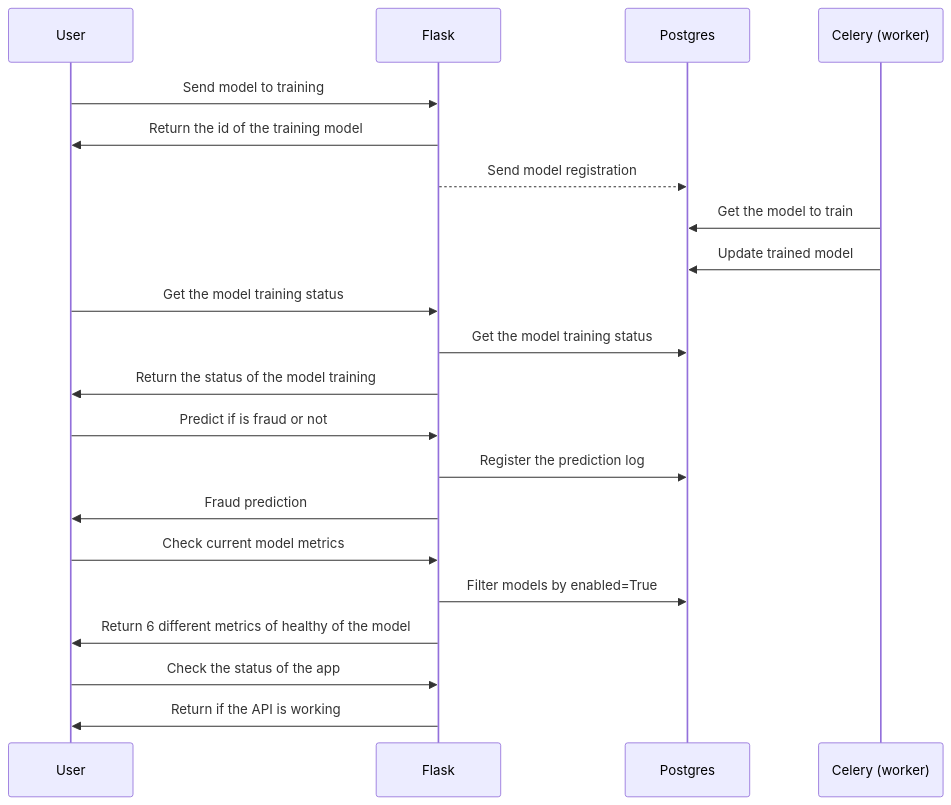
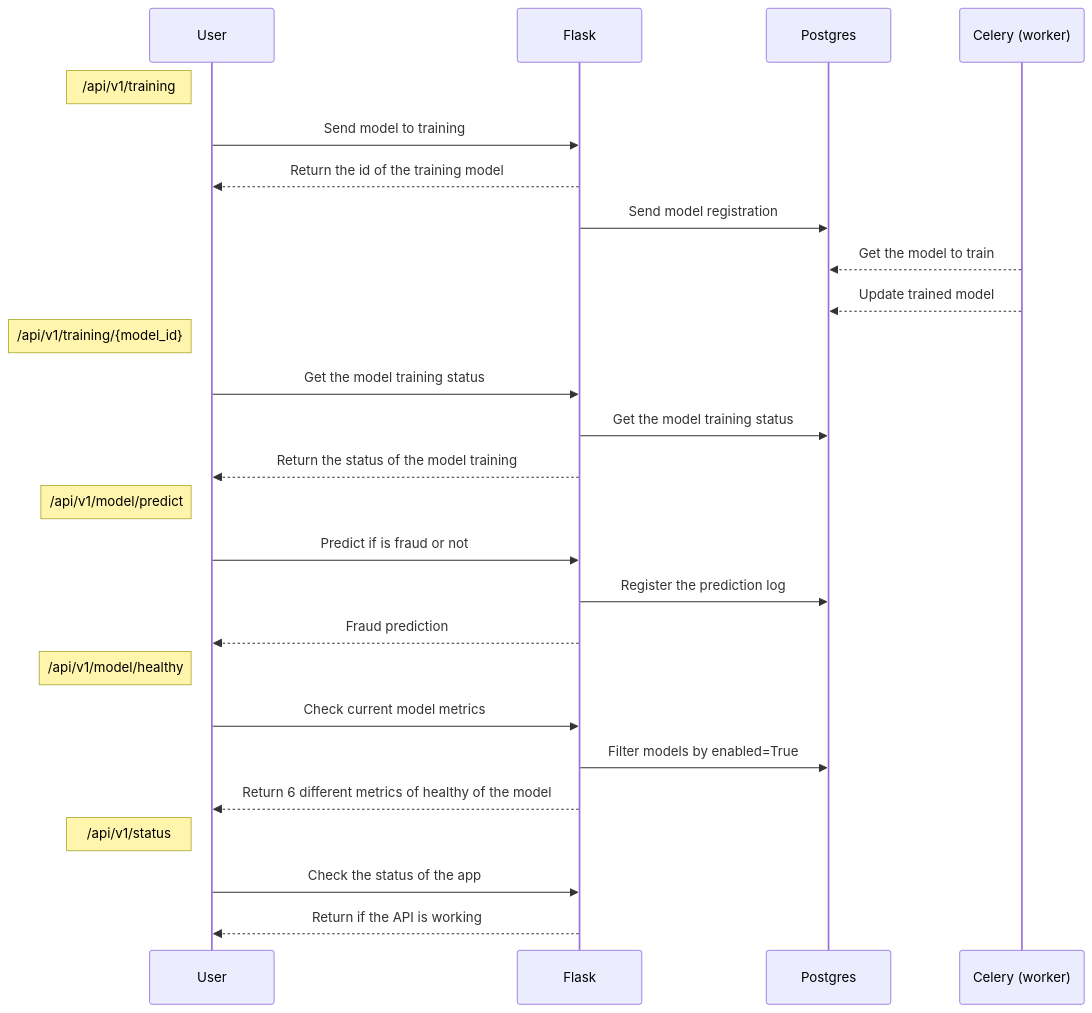
The diagram in docs/api.md (LucianoBatista/fraud-detection-classifier), drawn with Mermaid before and after one commit. The commit also changed other lines of this file and 9 other files, not shown here.

````diff
--- a/docs/api.md
+++ b/docs/api.md
@@ -31,19 +29,28 @@
 ```mermaid
 sequenceDiagram
+Note left of User: /api/v1/training
 User->>Flask: Send model to training
-Flask ->> User: Return the id of the training model
-Flask-->>Postgres: Send model registration
-Celery (worker)->>Postgres: Get the model to train
-Celery (worker)->>Postgres: Update trained model
+Flask -->> User: Return the id of the training model
+Flask->>Postgres: Send model registration
+Celery (worker)-->>Postgres: Get the model to train
+Celery (worker)-->>Postgres: Update trained model
+
+Note left of User: /api/v1/training/{model_id}
 User ->> Flask: Get the model training status
 Flask ->> Postgres: Get the model training status
-Flask ->> User: Return the status of the model training
+Flask -->> User: Return the status of the model training
+
+Note left of User: /api/v1/model/predict
 User ->> Flask: Predict if is fraud or not
 Flask ->> Postgres: Register the prediction log
-Flask ->> User: Fraud prediction
+Flask -->> User: Fraud prediction
+
+Note left of User: /api/v1/model/healthy
 User ->> Flask: Check current model metrics
 Flask ->> Postgres: Filter models by enabled=True
-Flask ->> User: Return 6 different metrics of healthy of the model
+Flask -->> User: Return 6 different metrics of healthy of the model
+
+Note left of User: /api/v1/status
 User ->> Flask: Check the status of the app
-Flask ->> User: Return if the API is working
+Flask -->> User: Return if the API is working
 ```
````
